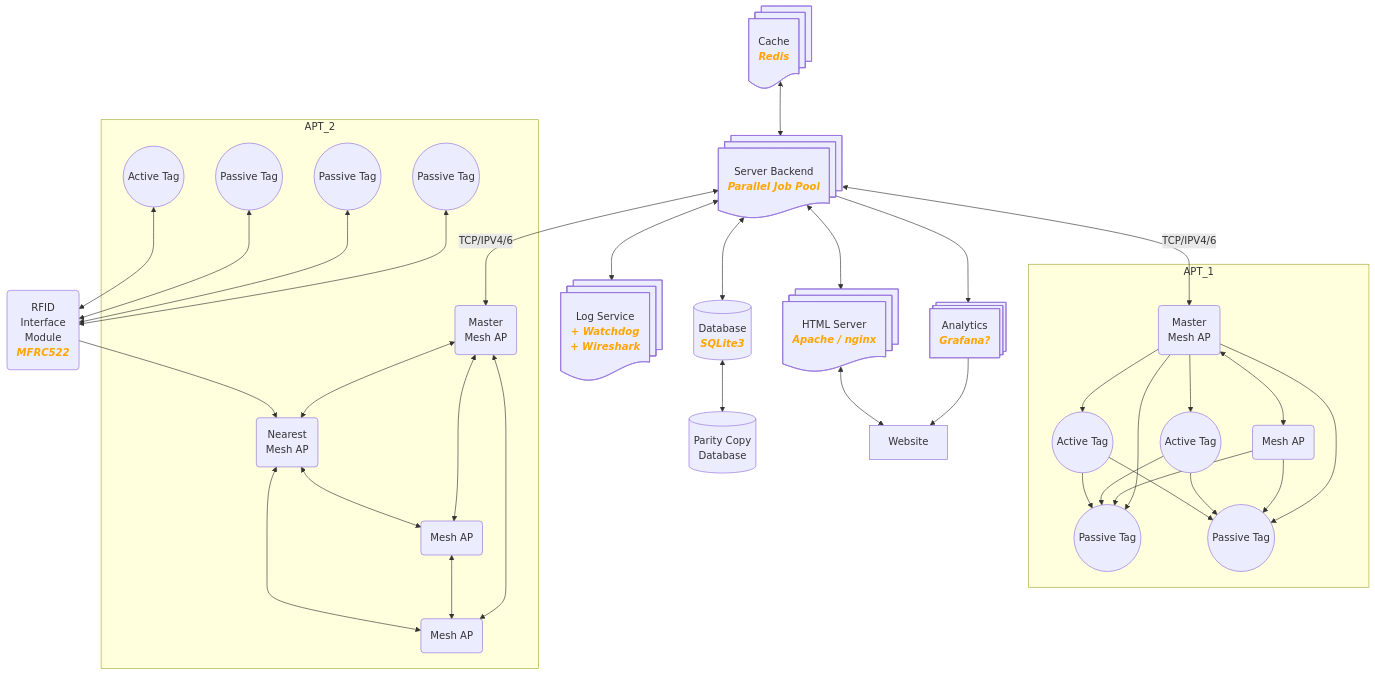
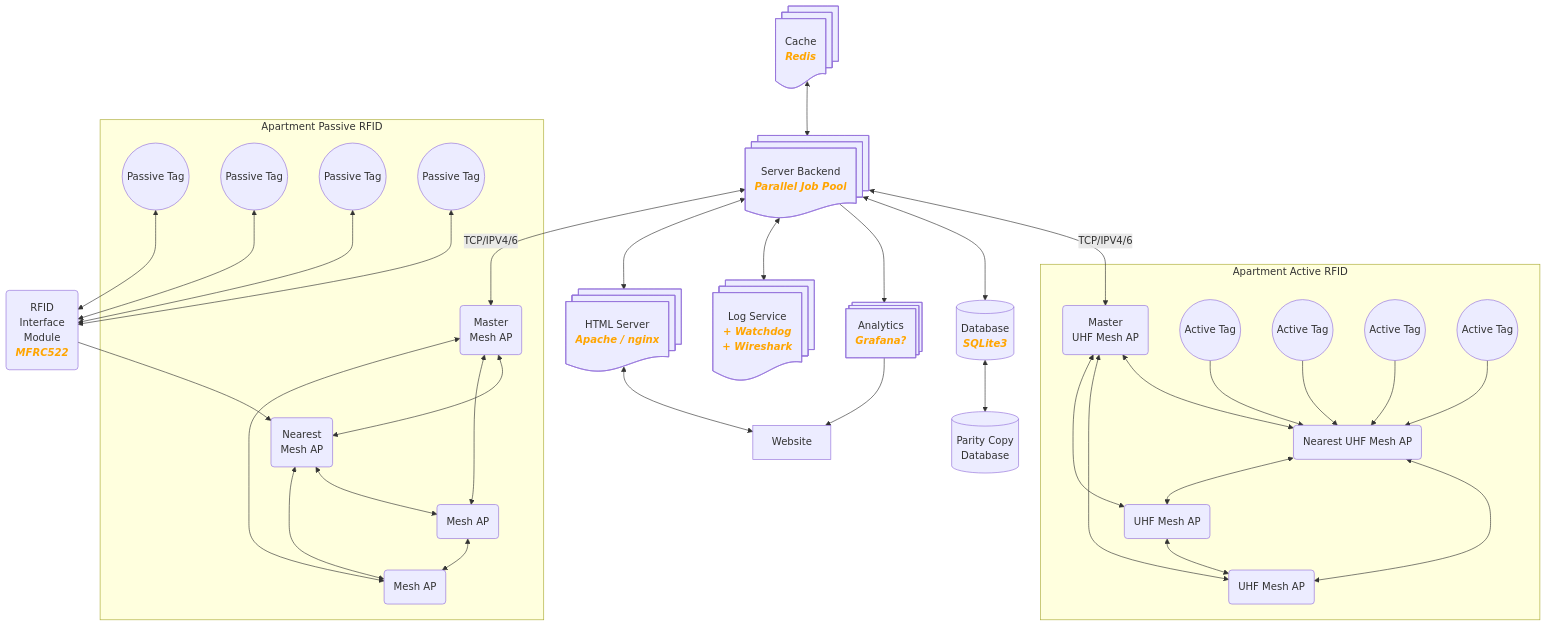
The first of 5 diagrams in README.md (Rackhamn/iot_arch_project1), drawn with Mermaid before and after one commit.

Commit message:
Separeted the Apartments in Arch graph

````diff
--- a/README.md
+++ b/README.md
@@ -50,60 +50,61 @@
 ```mermaid
 graph TD
     ServerCache@{ shape: docs, label: "Cache<br/><p style="color: orange;"><b><i>Redis</i></b></p>" } <--> Server
     Server@{ shape: docs, label: "Server Backend<br/><p style="color: orange;"><b><i>Parallel Job Pool</i></b></p>" } <--> |TCP/IPV4/6| Master
     Server <--> |TCP/IPV4/6| Master2
     Server <--> DB@{ shape: cyl, label: "Database<br/><p style="color: orange;"><b><i>SQLite3</i></b></p>" }
     Server --> Anal@{ shape: processes, label: "Analytics<br/><p style="color: orange;"><b><i>Grafana?</i></b></p>" }
     DB <--> BD2@{ shape: cyl, label: "Parity Copy<br/>Database" }
 
     Anal --> Website[Website]
     %% Website <--> User@{ shape: hex, label: "User<br/><p style="color: orange;"><b><i>APT Owner</i></b></p>"}
 
     Server <--> Logger@{ shape: docs, label: "Log Service<br/><p style="color: orange;"><b><i>+ Watchdog<br/>+ Wireshark</i></b></p>" }
     Server <--> ServerHTML@{ shape: docs, label: "HTML Server<br/><p style="color: orange;"><b><i>Apache / nginx</i></b></p>" }
     ServerHTML <--> Website
     
-    Master <--> A1(Mesh AP)
-    Master --> A2((Active Tag))
-    Master --> A3((Active Tag))
-    Master --> P1((Passive Tag))
-    Master --> P2((Passive Tag))
-    A1 --> P1
-    A1 --> P2
-    A2 --> P1
-    A2 --> P2
-    A3 --> P1
-    A3 --> P2
-    subgraph APT_1
-        Master(Master<br/>Mesh AP)
+    Master <--> MESH_AP1(Nearest UHF Mesh AP)
+    Master <--> MESH_AP2(UHF Mesh AP)
+    Master <--> MESH_AP3(UHF Mesh AP)
+    MESH_AP1 <--> MESH_AP2
+    MESH_AP1 <--> MESH_AP3
+    MESH_AP3 <--> MESH_AP2
+    A1((Active Tag)) --> MESH_AP1
+    A2((Active Tag)) --> MESH_AP1
+    A3((Active Tag)) --> MESH_AP1
+    A4((Active Tag)) --> MESH_AP1
+    subgraph Apartment Active RFID
+        Master(Master<br/>UHF Mesh AP)
         A1
         A2
         A3
-        P1
-        P2
+        A4
+        MESH_AP1
+        MESH_AP2
+        MESH_AP3
     end
 
   Master2 <--> Mesh2_1
   Master2 <--> Mesh2_2
   Master2 <--> Mesh2_3
   Mesh2_1 <--> Mesh2_2
   Mesh2_2 <--> Mesh2_3
   Mesh2_3 <--> Mesh2_1
   PT1 <--> Reader
   PT2 <--> Reader
   PT3 <--> Reader
   PT4 <--> Reader
 
   %% Housekeeping@{ shape: hex, label: "Housekeeping<br/><p style="color: orange;"><b><i>Security</i></b></p>"} --> Reader
   Reader(RFID<br/>Interface<br/>Module<br/><p style="color: orange;"><b><i>MFRC522</i></b></p>) --> Mesh2_1
-  subgraph APT_2
+  subgraph Apartment Passive RFID
       Master2(Master<br/>Mesh AP)
       Mesh2_1(Nearest<br/>Mesh AP)
       Mesh2_2(Mesh AP)
       Mesh2_3(Mesh AP)
       PT1((Passive Tag))
       PT2((Passive Tag))
       PT3((Passive Tag))
-      PT4((Active Tag))
+      PT4((Passive Tag))
     end
 ```
````
